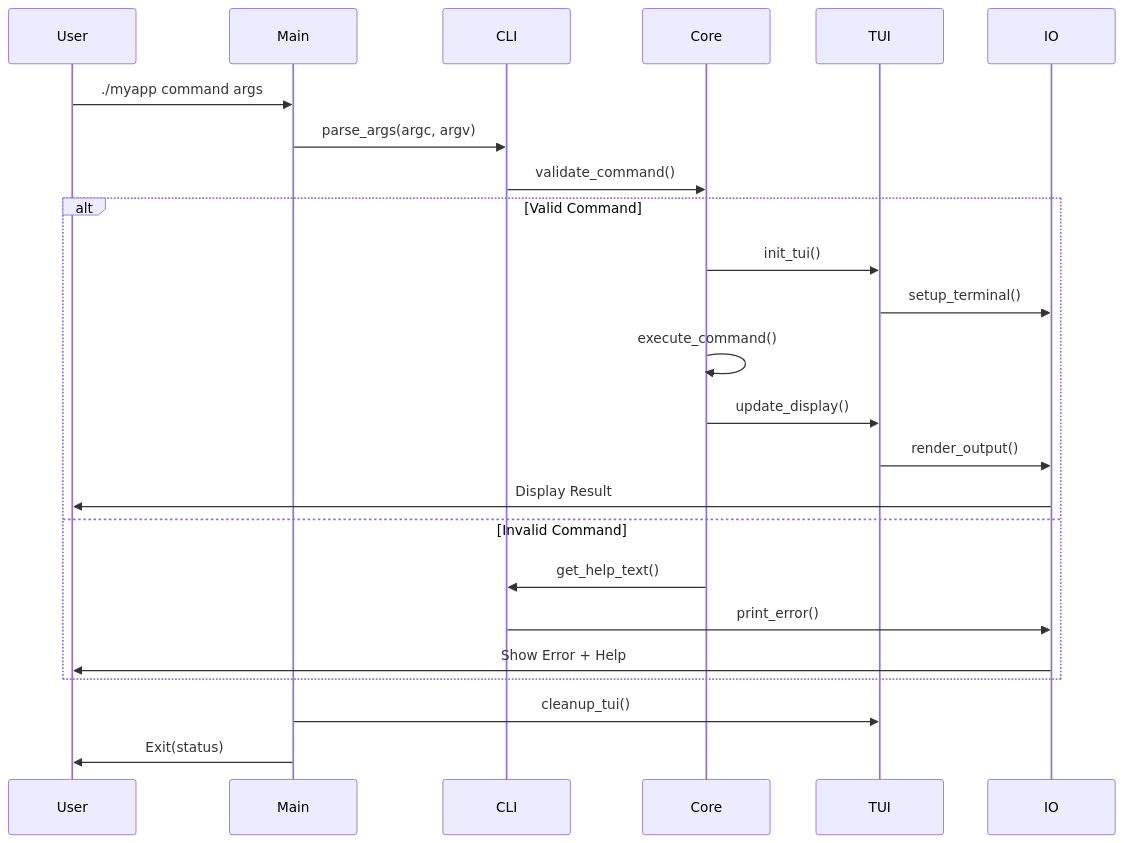
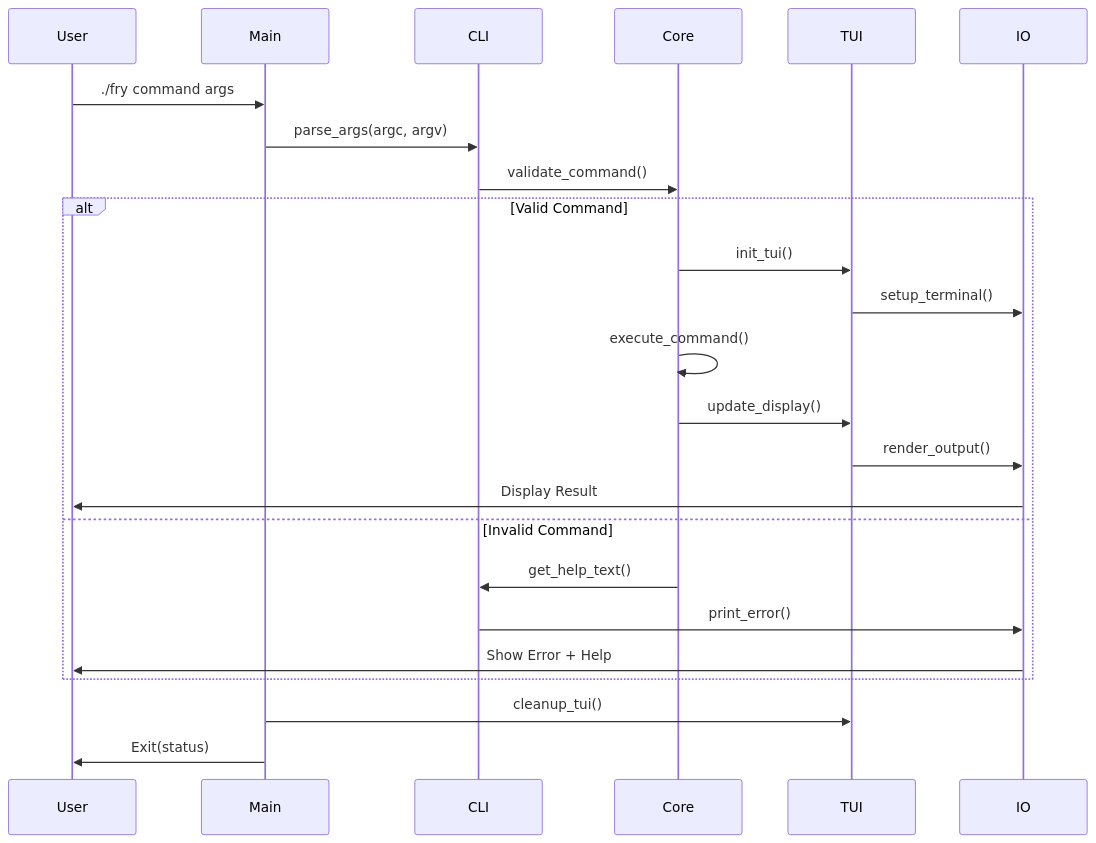
Before and after one commit to sammyjoyce/fry: the fourth of 7 diagrams in docs/ARCHITECTURE.md, drawn with Mermaid. The commit also changed other lines of this file and 29 other files, not shown here.

````diff
--- a/docs/ARCHITECTURE.md
+++ b/docs/ARCHITECTURE.md
@@ -168,29 +168,29 @@
 ```mermaid
 sequenceDiagram
     participant User
     participant Main
     participant CLI
     participant Core
     participant TUI
     participant IO
     
-    User->>Main: ./myapp command args
+    User->>Main: ./fry command args
     Main->>CLI: parse_args(argc, argv)
     CLI->>Core: validate_command()
     
     alt Valid Command
         Core->>TUI: init_tui()
         TUI->>IO: setup_terminal()
         Core->>Core: execute_command()
         Core->>TUI: update_display()
         TUI->>IO: render_output()
         IO->>User: Display Result
     else Invalid Command
         Core->>CLI: get_help_text()
         CLI->>IO: print_error()
         IO->>User: Show Error + Help
     end
     
     Main->>TUI: cleanup_tui()
     Main->>User: Exit(status)
 ```
````
